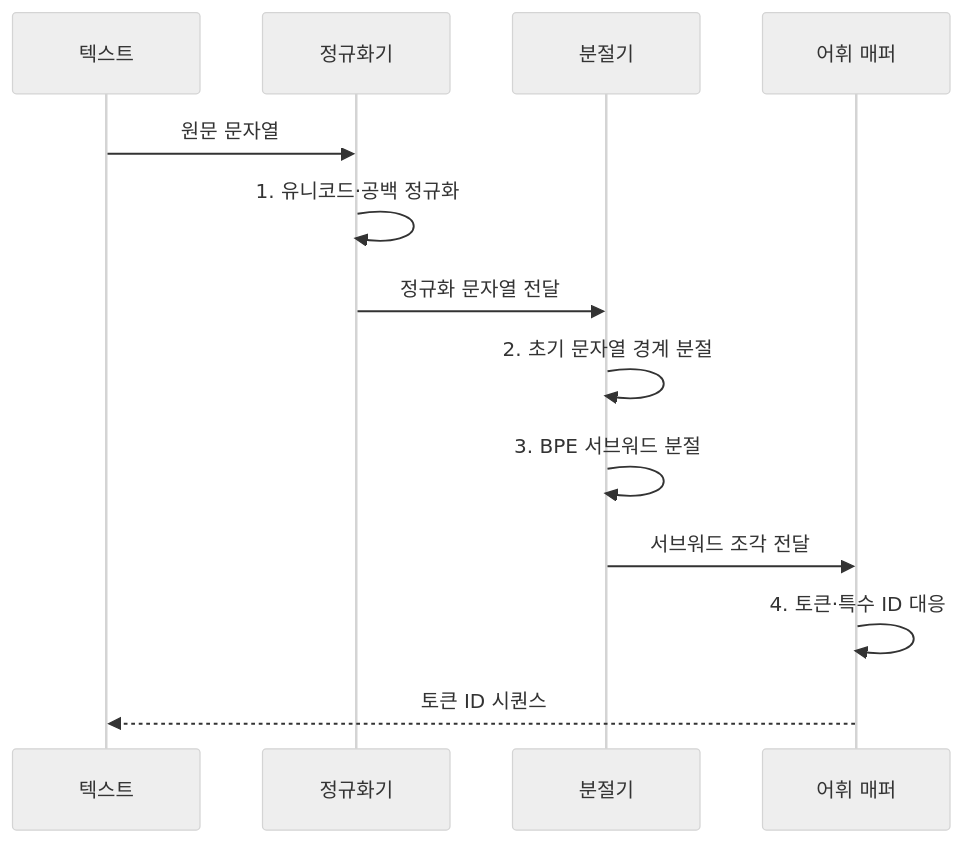
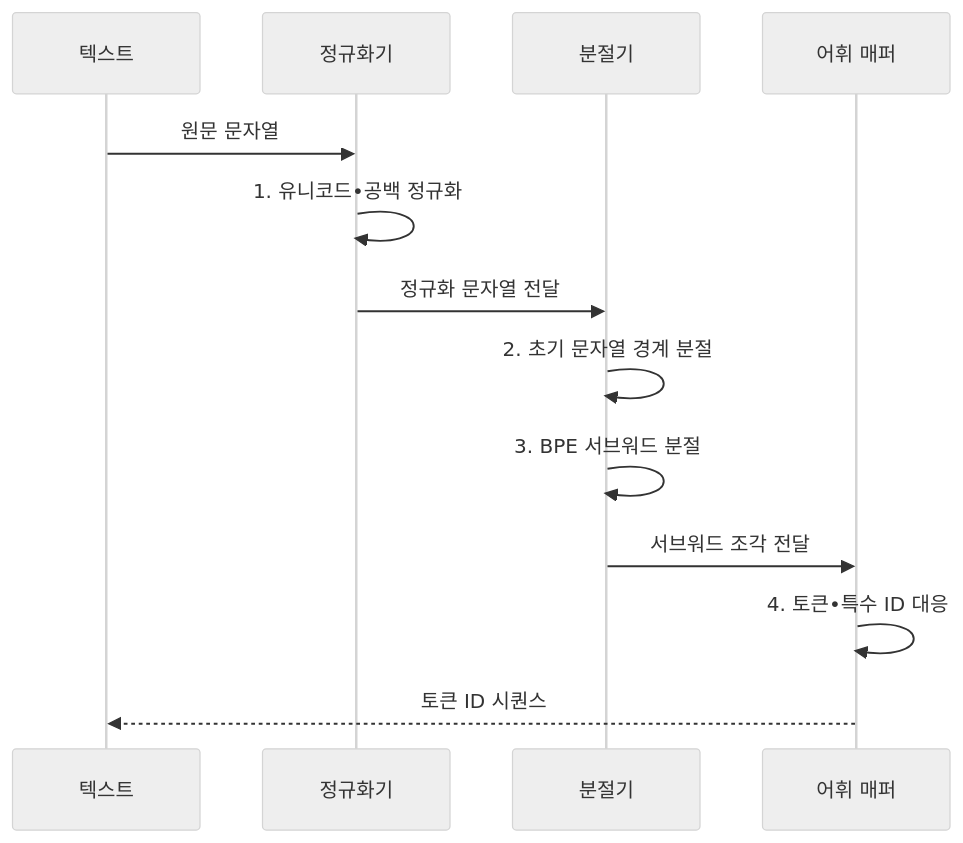
The second of 2 diagrams in src/content/docs/notes/08-latest-tech/032_tokenization.md (agnusdei1207/knowledge-base), drawn with Mermaid (neutral theme) before and after one commit. The commit also changed other lines of this file and 953 other files, not shown here.

````diff
--- a/src/content/docs/notes/08-latest-tech/032_tokenization.md
+++ b/src/content/docs/notes/08-latest-tech/032_tokenization.md
@@ -101,15 +101,15 @@
 ```mermaid
 sequenceDiagram
     participant T as 텍스트
     participant N as 정규화기
     participant S as 분절기
     participant V as 어휘 매퍼
     T->>N: 원문 문자열
-    N->>N: 1. 유니코드·공백 정규화
+    N->>N: 1. 유니코드•공백 정규화
     N->>S: 정규화 문자열 전달
     S->>S: 2. 초기 문자열 경계 분절
     S->>S: 3. BPE 서브워드 분절
     S->>V: 서브워드 조각 전달
-    V->>V: 4. 토큰·특수 ID 대응
+    V->>V: 4. 토큰•특수 ID 대응
     V-->>T: 토큰 ID 시퀀스
 ```
````
